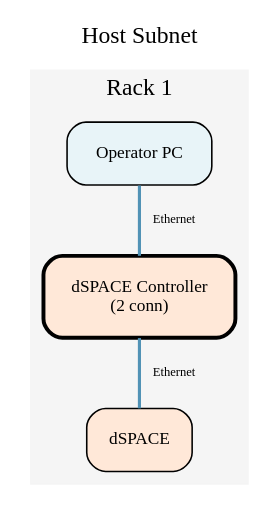
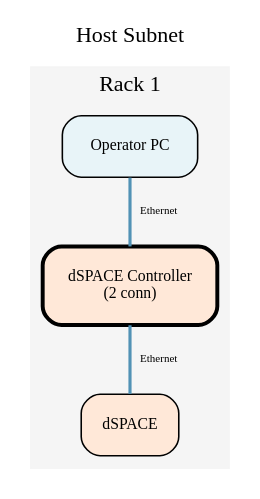
Before and after one commit to BenjiPestell/rack-diagram-demo: the diagram in output/host_subnet.dot, drawn with Graphviz. The commit also changed 6 other files, not shown here.

```diff
--- a/output/host_subnet.dot
+++ b/output/host_subnet.dot
@@ -1,58 +1,58 @@
 graph "Host Subnet" {
 
   graph [
     bgcolor="white",
     label="Host Subnet",
     labelloc=t,
-    fontsize=15,
+    fontsize=14,
     fontname="Sinkin Sans 400 Regular",
     overlap=false,
     sep=0.5
   ];
 
   node [
     shape=box,
     style="rounded,filled",
-    fontsize=11,
+    fontsize=10,
     fontname="Sinkin Sans 400 Regular",
     margin=0.2
   ];
 
   edge [
     color="#5192b5",
     style=solid,
     penwidth=2.0
   ];
 
   // Devices grouped by rack and external groups
 
   subgraph cluster_rack1 {
     label="Rack 1";
     style=filled;
     color="#F5F5F5";
     fontname="Sinkin Sans 400 Regular";
 
     "dSPACE_Controller" [
       label="dSPACE Controller\n(2 conn)",
       fillcolor="#FFE8D8",
       penwidth=2.5
     ];
     "Operator_PC" [
       label="Operator PC",
       fillcolor="#E8F4F8"
     ];
     "dSPACE" [
       label="dSPACE",
       fillcolor="#FFE8D8"
     ];
   }
 
   // Connections
   Operator_PC -- dSPACE_Controller [
-    color="#5192b5", style=solid, penwidth=2.0, label="   Ethernet", fontsize=8, fontname="Sinkin Sans 400 Regular"
+    color="#5192b5", style=solid, penwidth=2.0, label="   Ethernet", fontsize=7, fontname="Sinkin Sans 400 Regular"
   ];
   dSPACE_Controller -- dSPACE [
-    color="#5192b5", style=solid, penwidth=2.0, label="   Ethernet", fontsize=8, fontname="Sinkin Sans 400 Regular"
+    color="#5192b5", style=solid, penwidth=2.0, label="   Ethernet", fontsize=7, fontname="Sinkin Sans 400 Regular"
   ];
 
 }
```
